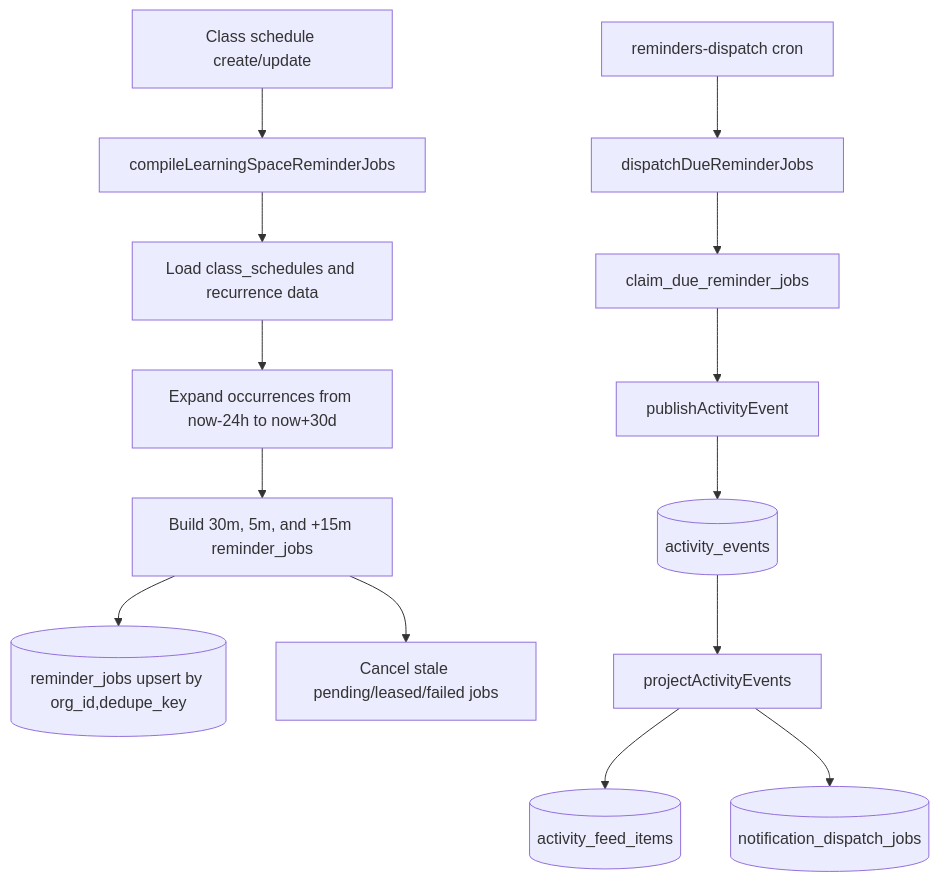
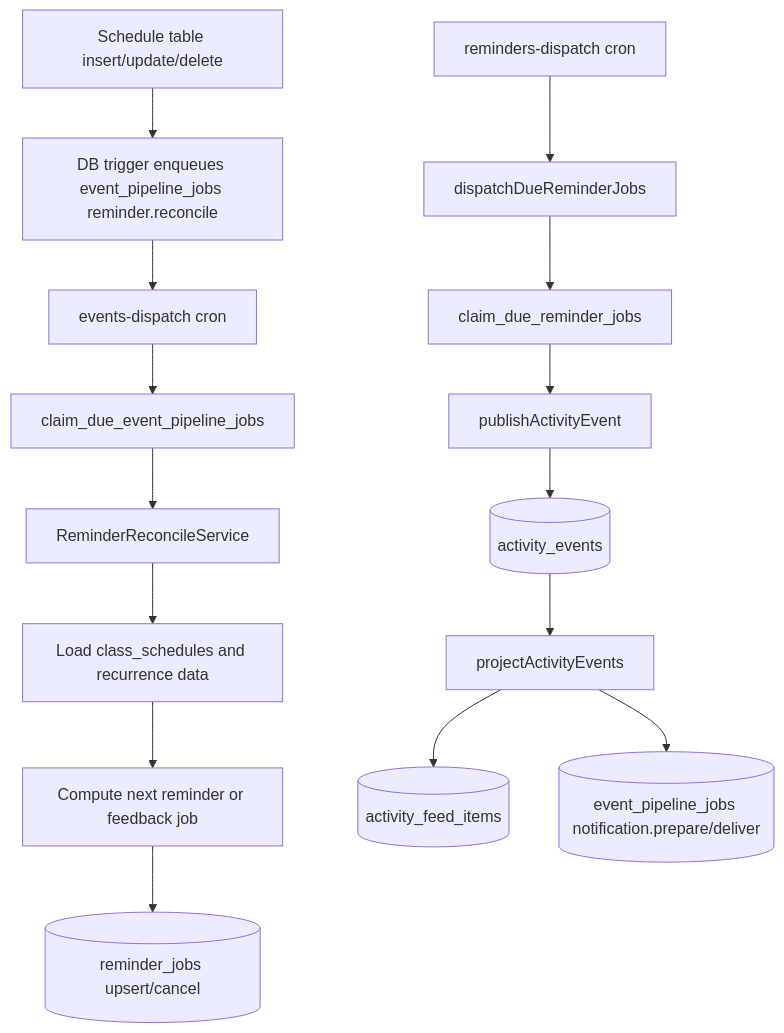
Before and after one commit to heidisoft/iconicedu-monorepo: the diagram in docs/operations/reminders.md, drawn with Mermaid. The commit also changed other lines of this file and 58 other files, not shown here.

First line of the commit message:
Add unified event pipeline and job-based dispatch

````diff
--- a/docs/operations/reminders.md
+++ b/docs/operations/reminders.md
@@ -34,16 +34,17 @@
 ```mermaid
 flowchart TD
-  ScheduleChange[Class schedule create/update] --> Compile[compileLearningSpaceReminderJobs]
-  Compile --> LoadSchedules[Load class_schedules and recurrence data]
-  LoadSchedules --> Expand[Expand occurrences from now-24h to now+30d]
-  Expand --> BuildJobs[Build 30m, 5m, and +15m reminder_jobs]
-  BuildJobs --> Upsert[(reminder_jobs upsert by org_id,dedupe_key)]
-  BuildJobs --> CancelStale[Cancel stale pending/leased/failed jobs]
+  ScheduleChange[Schedule table insert/update/delete] --> Trigger[DB trigger enqueues event_pipeline_jobs reminder.reconcile]
+  Trigger --> ReconcileCron[events-dispatch cron]
+  ReconcileCron --> ClaimReconcile[claim_due_event_pipeline_jobs]
+  ClaimReconcile --> Reconcile[ReminderReconcileService]
+  Reconcile --> LoadSchedules[Load class_schedules and recurrence data]
+  LoadSchedules --> NextJob[Compute next reminder or feedback job]
+  NextJob --> Upsert[(reminder_jobs upsert/cancel)]
   Cron[reminders-dispatch cron] --> Dispatch[dispatchDueReminderJobs]
   Dispatch --> Claim[claim_due_reminder_jobs]
   Claim --> Activity[publishActivityEvent]
   Activity --> Events[(activity_events)]
   Events --> Projector[projectActivityEvents]
   Projector --> Feed[(activity_feed_items)]
-  Projector --> Notifications[(notification_dispatch_jobs)]
+  Projector --> Notifications[(event_pipeline_jobs notification.prepare/deliver)]
 ```
````
